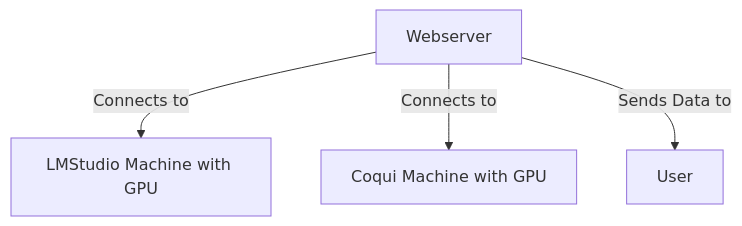
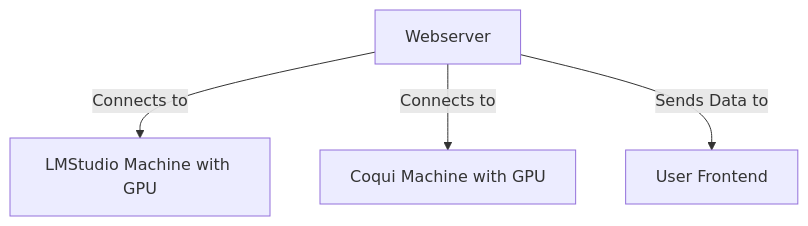
Before and after one commit to HarleyVader/js-bambisleep-chat: the first of 2 diagrams in README.md, drawn with Mermaid.

Commit message:
fixed melkanea sign

````diff
--- a/README.md
+++ b/README.md
@@ -34,6 +34,6 @@
 ```mermaid
 graph TD
     A[Webserver] -->|Connects to| B[LMStudio Machine with GPU]
     A -->|Connects to| C[Coqui Machine with GPU]
-    A -->|Sends Data to| D[User]
+    A -->|Sends Data to| D[User Frontend]
 ```
````
